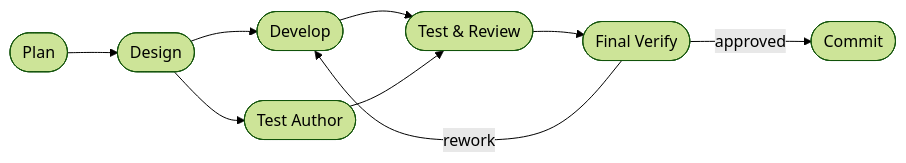
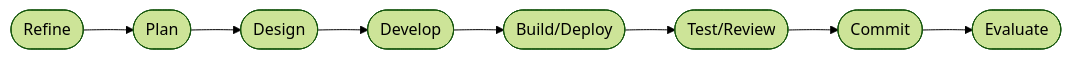
The diagram in .dev/DASHBOARD.md (ashuksingh11/tizenclaw), drawn with Mermaid (forest theme) before and after one commit. The commit also changed other lines of this file and 1 other file, not shown here.

First line of the commit message:
Sync dev state after reviewer rework pass

````diff
--- a/.dev/DASHBOARD.md
+++ b/.dev/DASHBOARD.md
@@ -17,11 +61,10 @@
 ```mermaid
 flowchart LR
-    plan([Plan]) --> design([Design])
+    refine([Refine]) --> plan([Plan])
+    plan --> design([Design])
     design --> develop([Develop])
-    design --> test_author([Test Author])
-    develop --> test_review([Test & Review])
-    test_author --> test_review
-    test_review --> final_verify([Final Verify])
-    final_verify -->|approved| commit([Commit])
-    final_verify -->|rework| develop
+    develop --> build([Build/Deploy])
+    build --> test([Test/Review])
+    test --> commit([Commit])
+    commit --> evaluate([Evaluate])
 ```
````
